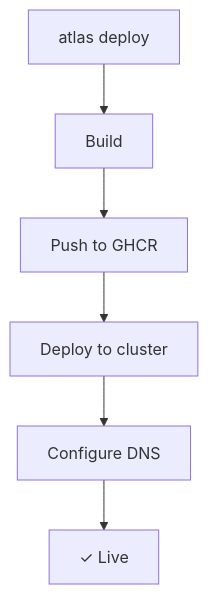
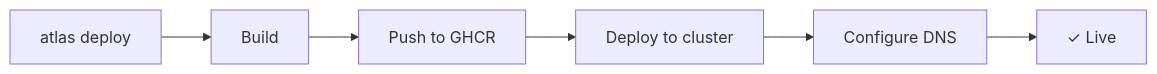
One commit to codeatlasdev/atlas changed the second of 2 diagrams in apps/docs/content/docs/architecture/index.mdx. Above: the diagram before and after it, drawn with Mermaid. The commit also changed other lines of this file and 26 other files, not shown here.

````diff
--- a/apps/docs/content/docs/architecture/index.mdx
+++ b/apps/docs/content/docs/architecture/index.mdx
@@ -61,8 +51,8 @@
 ```mermaid
-graph TD
+graph LR
     A[atlas deploy] --> B[Build]
     B --> C[Push to GHCR]
     C --> D[Deploy to cluster]
     D --> E[Configure DNS]
     E --> F[✓ Live]
 ```
````
